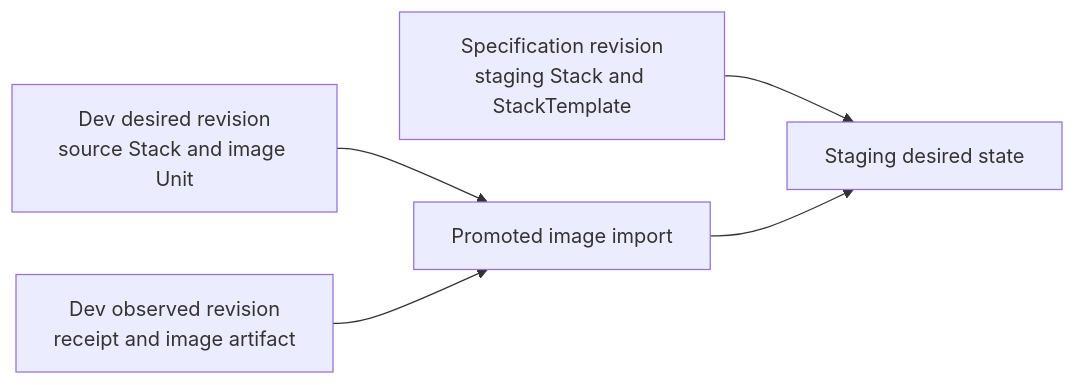
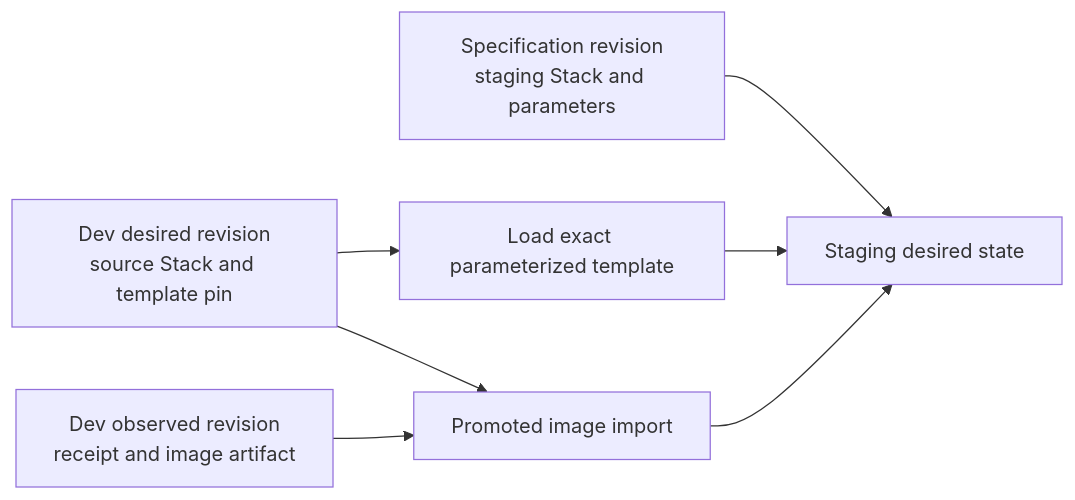
One commit to NiklasRosenstein/gitopsctr changed the diagram in demo/k8s/README.md. Above: the diagram before and after it, drawn with Mermaid. The commit also changed other lines of this file and 13 other files, not shown here.

Commit message:
feat: pin promoted StackTemplate sources

````diff
--- a/demo/k8s/README.md
+++ b/demo/k8s/README.md
@@ -12,7 +12,9 @@
 ```mermaid
 flowchart LR
-  specification["Specification revision<br/>staging Stack and StackTemplate"] --> staging["Staging desired state"]
-  desired["Dev desired revision<br/>source Stack and image Unit"] --> import["Promoted image import"]
+  specification["Specification revision<br/>staging Stack and parameters"] --> staging["Staging desired state"]
+  desired["Dev desired revision<br/>source Stack and template pin"] --> template["Load exact parameterized template"]
+  template --> staging
+  desired --> import["Promoted image import"]
   observed["Dev observed revision<br/>receipt and image artifact"] --> import
   import --> staging
 ```
````
